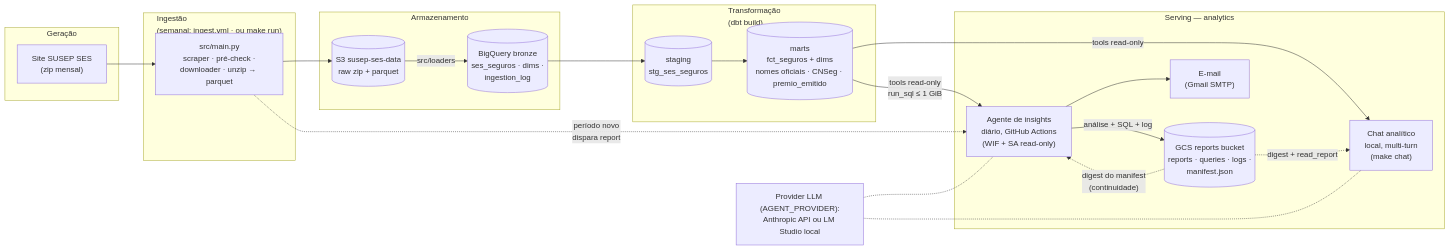
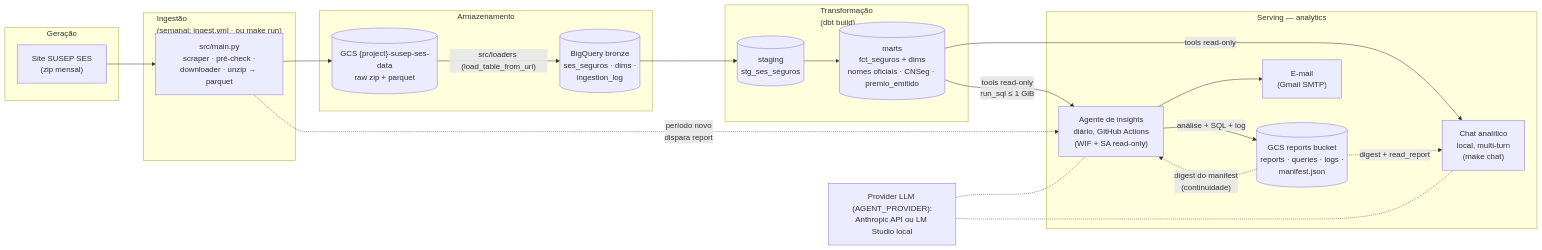
Before and after one commit to willp12/susep_data_pipeline: the diagram in README.md, drawn with Mermaid. The commit also changed other lines of this file and 23 other files, not shown here.

First line of the commit message:
feat(infra,ingestion): single-cloud — move data from S3 to GCS (Etapa 2)

````diff
--- a/README.md
+++ b/README.md
@@ -25,47 +25,47 @@
 ```mermaid
 flowchart LR
     subgraph GER["Geração"]
         SUSEP["Site SUSEP SES<br/>(zip mensal)"]
     end
 
     subgraph ING["Ingestão<br/>(semanal: ingest.yml · ou make run)"]
         PIPE["src/main.py<br/>scraper · pré-check ·<br/>downloader · unzip → parquet"]
     end
 
     subgraph ARM["Armazenamento"]
-        S3[("S3 susep-ses-data<br/>raw zip + parquet")]
+        S3[("GCS {project}-susep-ses-data<br/>raw zip + parquet")]
         BRZ[("BigQuery bronze<br/>ses_seguros · dims ·<br/>ingestion_log")]
     end
 
     subgraph TRA["Transformação<br/>(dbt build)"]
         STG[("staging<br/>stg_ses_seguros")]
         FCT[("marts<br/>fct_seguros + dims<br/>nomes oficiais · CNSeg · premio_emitido")]
     end
 
     subgraph SRV["Serving — analytics"]
         RUN["Agente de insights<br/>diário, GitHub Actions<br/>(WIF + SA read-only)"]
         GCS[("GCS reports bucket<br/>reports · queries · logs ·<br/>manifest.json")]
         MAIL["E-mail<br/>(Gmail SMTP)"]
         CHAT["Chat analítico<br/>local, multi-turn<br/>(make chat)"]
     end
 
     LLM["Provider LLM (AGENT_PROVIDER):<br/>Anthropic API ou LM Studio local"]
 
     SUSEP --> PIPE
     PIPE --> S3
-    S3 -->|"src/loaders"| BRZ
+    S3 -->|"src/loaders (load_table_from_uri)"| BRZ
     BRZ --> STG
     STG --> FCT
 
     FCT -->|"tools read-only<br/>run_sql ≤ 1 GiB"| RUN
     FCT -->|"tools read-only"| CHAT
     RUN -->|"análise + SQL + log"| GCS
     RUN --> MAIL
     GCS -.->|"digest do manifest<br/>(continuidade)"| RUN
     GCS -.->|"digest + read_report"| CHAT
 
     PIPE -.->|"período novo<br/>dispara report"| RUN
 
     LLM -.- RUN
     LLM -.- CHAT
 ```
````
